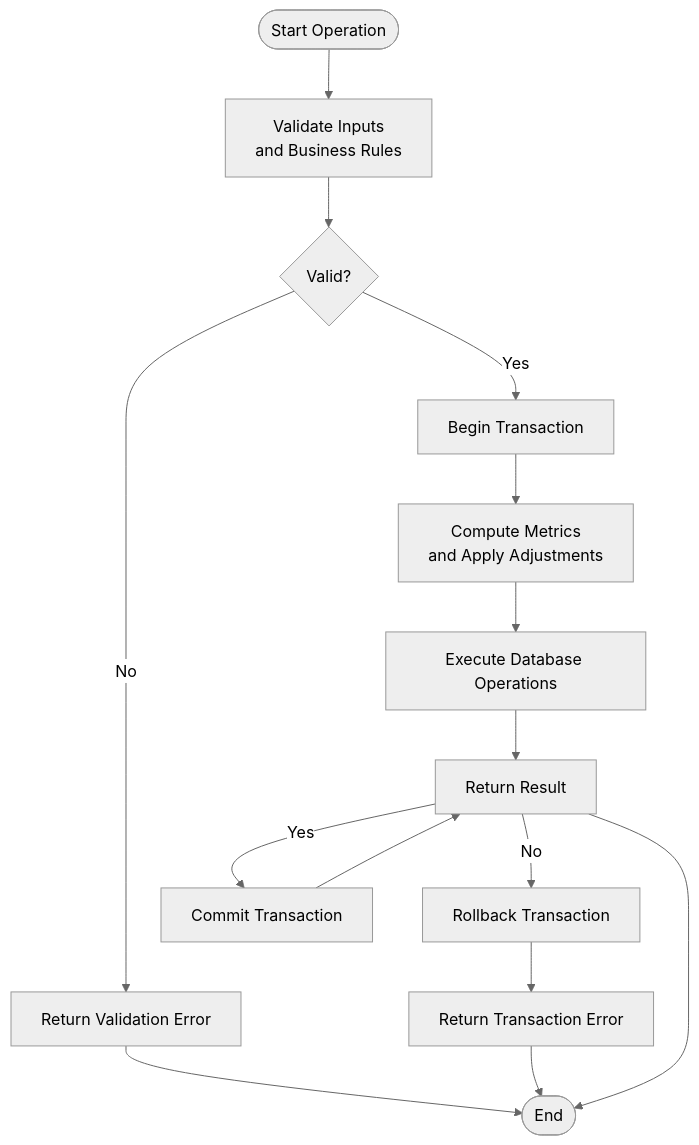
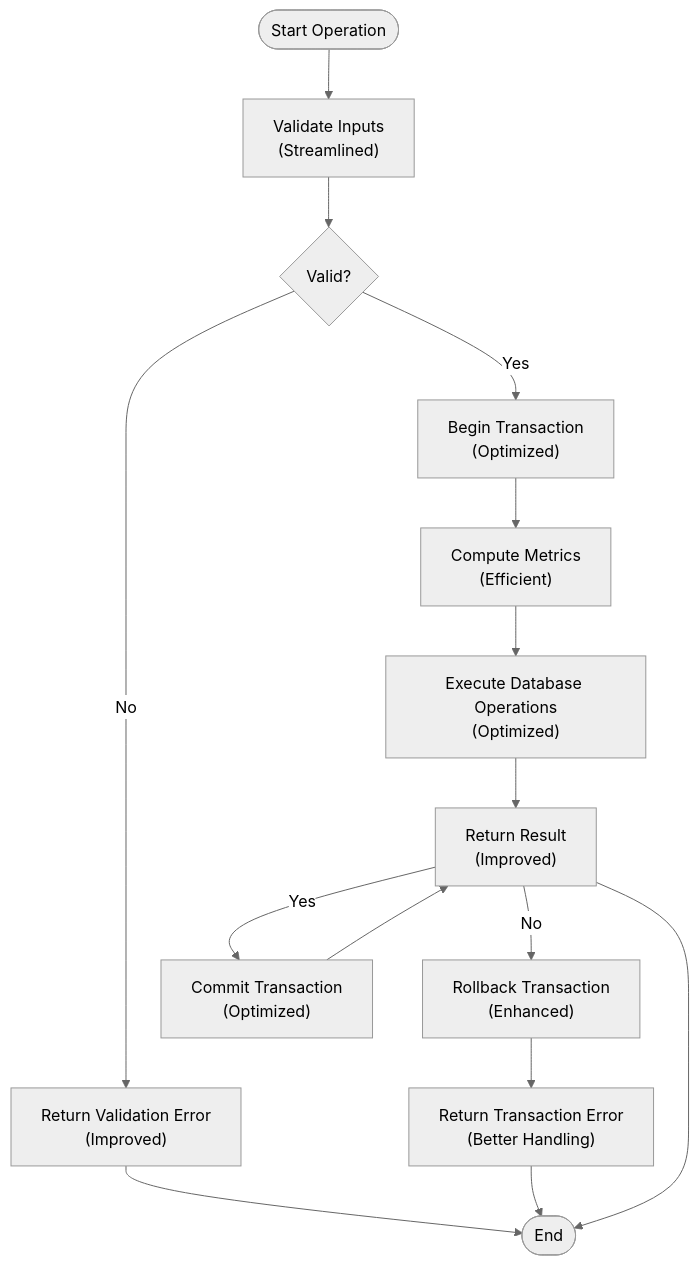
The third of 4 diagrams in .qoder/repowiki/en/content/Core Features/Positions Tracking/Positions Service Layer.md (iliyas77/MTF-monitor), drawn with Mermaid (neutral theme) before and after one commit. The commit also changed other lines of this file and 46 other files, not shown here.

````diff
--- a/.qoder/repowiki/en/content/Core Features/Positions Tracking/Positions Service Layer.md
+++ b/.qoder/repowiki/en/content/Core Features/Positions Tracking/Positions Service Layer.md
@@ -218,17 +220,17 @@
 ```mermaid
 flowchart TD
-Start(["Start Operation"]) --> Validate["Validate Inputs<br/>and Business Rules"]
+Start(["Start Operation"]) --> Validate["Validate Inputs<br/>(Streamlined)"]
 Validate --> Valid{"Valid?"}
-Valid --> |No| Error["Return Validation Error"]
-Valid --> |Yes| BeginTx["Begin Transaction"]
-BeginTx --> Compute["Compute Metrics<br/>and Apply Adjustments"]
-Compute --> ExecuteOps["Execute Database Operations"]
+Valid --> |No| Error["Return Validation Error<br/>(Improved)"]
+Valid --> |Yes| BeginTx["Begin Transaction<br/>(Optimized)"]
+BeginTx --> Compute["Compute Metrics<br/>(Efficient)"]
+Compute --> ExecuteOps["Execute Database Operations<br/>(Optimized)"]
 ExecuteOps --> Success{"All Operations<br/>Successful?"}
-Success --> |No| Rollback["Rollback Transaction"]
-Rollback --> TxError["Return Transaction Error"]
-Success --> |Yes| Commit["Commit Transaction"]
-Commit --> Success["Return Result"]
+Success --> |No| Rollback["Rollback Transaction<br/>(Enhanced)"]
+Rollback --> TxError["Return Transaction Error<br/>(Better Handling)"]
+Success --> |Yes| Commit["Commit Transaction<br/>(Optimized)"]
+Commit --> Success["Return Result<br/>(Improved)"]
 Error --> End(["End"])
 TxError --> End
 Success --> End
 ```
````
